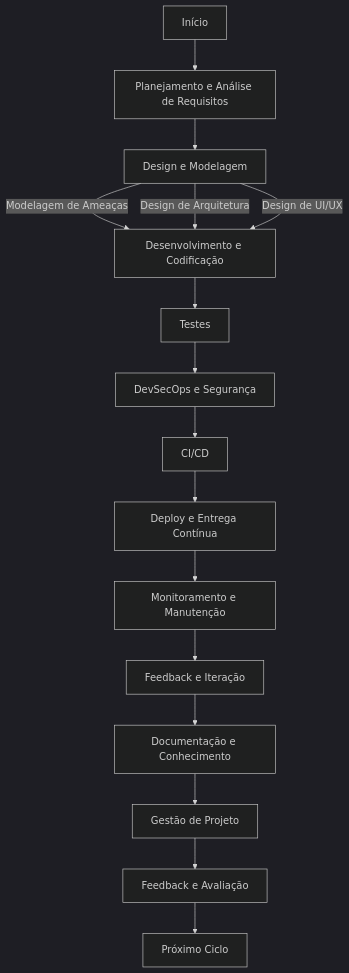
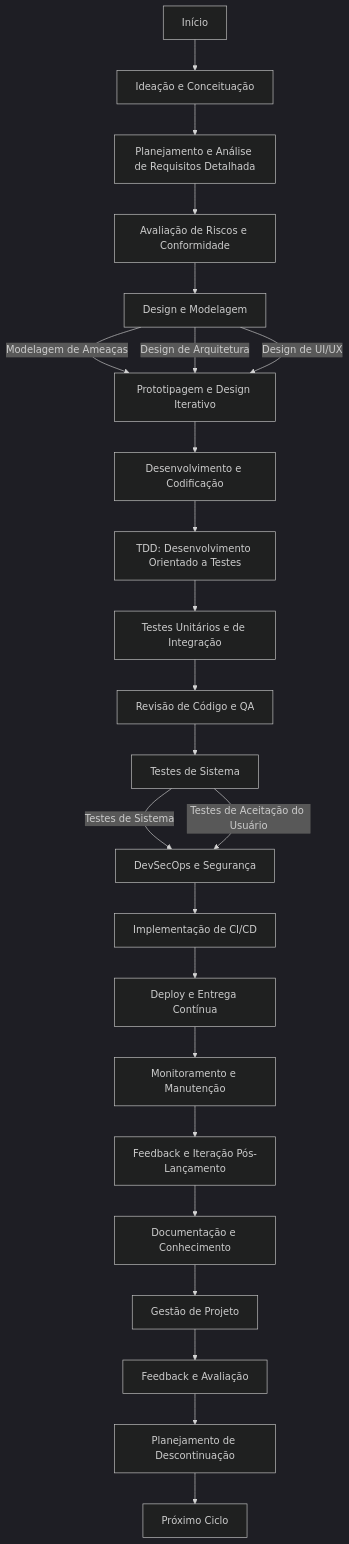
One commit to lilithmorgan/development-pattern changed the diagram in documentations/fluxo-desenvolvimento.mermaid. Above: the diagram before and after it, drawn with Mermaid (dark theme).

Commit message:
Adiciondo o ciclo de vida SLDC e a orientacao a testes TDD

```diff
--- a/documentations/fluxo-desenvolvimento.mermaid
+++ b/documentations/fluxo-desenvolvimento.mermaid
@@ -1,17 +1,25 @@
 graph TD
     A[Início]
-    A --> B[Planejamento e Análise de Requisitos]
-    B --> C[Design e Modelagem]
-    C --> |Modelagem de Ameaças| D[Desenvolvimento e Codificação]
-    C --> |Design de Arquitetura| D
-    C --> |Design de UI/UX| D
-    D --> E[Testes]
-    E --> F[DevSecOps e Segurança]
-    F --> G[CI/CD]
-    G --> H[Deploy e Entrega Contínua]
-    H --> I[Monitoramento e Manutenção]
-    I --> J[Feedback e Iteração]
-    J --> K[Documentação e Conhecimento]
-    K --> L[Gestão de Projeto]
-    L --> M[Feedback e Avaliação]
-    M --> N[Próximo Ciclo]
+    A --> B[Ideação e Conceituação]
+    B --> C[Planejamento e Análise de Requisitos Detalhada]
+    C --> D[Avaliação de Riscos e Conformidade]
+    D --> E[Design e Modelagem]
+    E --> |Modelagem de Ameaças| F[Prototipagem e Design Iterativo]
+    E --> |Design de Arquitetura| F
+    E --> |Design de UI/UX| F
+    F --> G[Desenvolvimento e Codificação]
+    G --> H[TDD: Desenvolvimento Orientado a Testes]
+    H --> I[Testes Unitários e de Integração]
+    I --> J[Revisão de Código e QA]
+    J --> K[Testes de Sistema]
+    K --> |Testes de Sistema| L[DevSecOps e Segurança]
+    K --> |Testes de Aceitação do Usuário| L
+    L --> M[Implementação de CI/CD]
+    M --> N[Deploy e Entrega Contínua]
+    N --> O[Monitoramento e Manutenção]
+    O --> P[Feedback e Iteração Pós-Lançamento]
+    P --> Q[Documentação e Conhecimento]
+    Q --> R[Gestão de Projeto]
+    R --> S[Feedback e Avaliação]
+    S --> T[Planejamento de Descontinuação]
+    T --> U[Próximo Ciclo]
```
